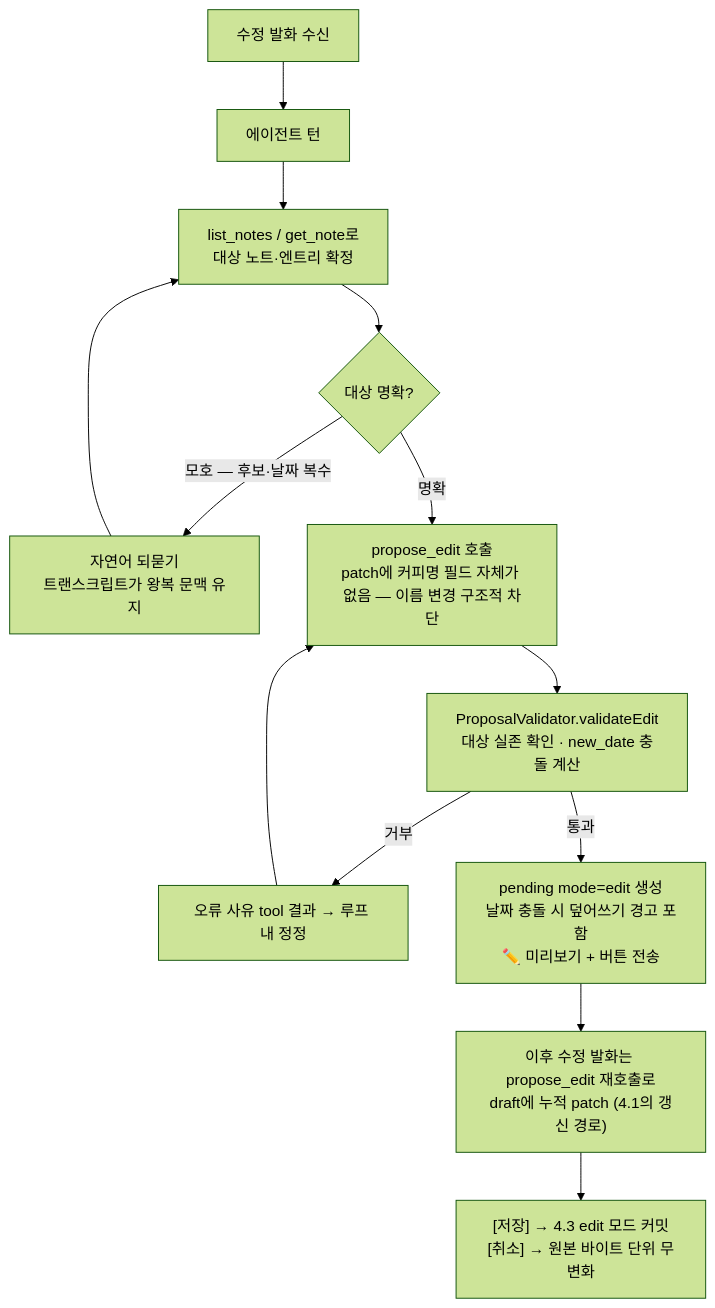
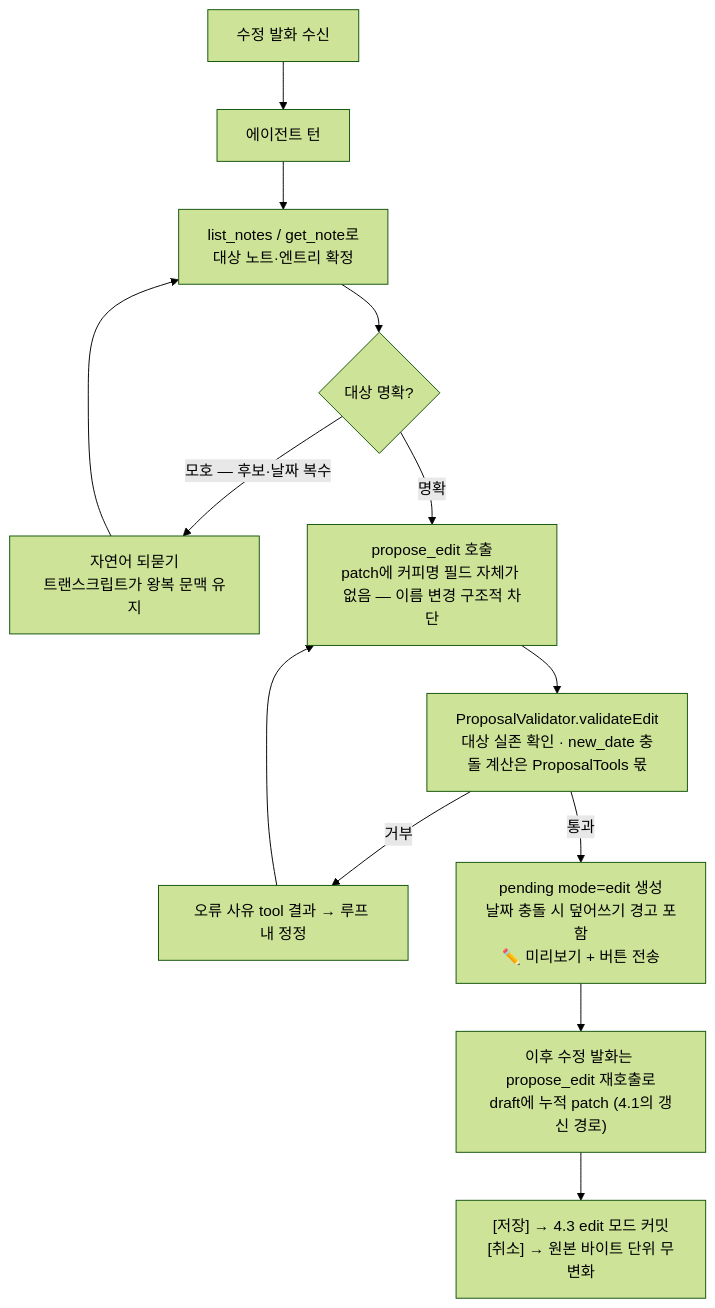
The sixth of 8 diagrams in docs/architecture-classes-and-flows.md (devwuu/mocha), drawn with Mermaid (forest theme) before and after one commit. The commit also changed other lines of this file and 17 other files, not shown here.

````diff
--- a/docs/architecture-classes-and-flows.md
+++ b/docs/architecture-classes-and-flows.md
@@ -444,13 +444,13 @@
 ```mermaid
 flowchart TB
     A[수정 발화 수신] --> B[에이전트 턴]
     B --> C[list_notes / get_note로<br/>대상 노트·엔트리 확정]
     C --> D{대상 명확?}
     D -->|모호 — 후보·날짜 복수| E[자연어 되묻기<br/>트랜스크립트가 왕복 문맥 유지] --> C
     D -->|명확| F[propose_edit 호출<br/>patch에 커피명 필드 자체가 없음 — 이름 변경 구조적 차단]
-    F --> G[ProposalValidator.validateEdit<br/>대상 실존 확인 · new_date 충돌 계산]
+    F --> G[ProposalValidator.validateEdit<br/>대상 실존 확인 · new_date 충돌 계산은 ProposalTools 몫]
     G -->|거부| H[오류 사유 tool 결과 → 루프 내 정정] --> F
     G -->|통과| I[pending mode=edit 생성<br/>날짜 충돌 시 덮어쓰기 경고 포함<br/>✏️ 미리보기 + 버튼 전송]
     I --> J["이후 수정 발화는 propose_edit 재호출로<br/>draft에 누적 patch (4.1의 갱신 경로)"]
     J --> K["[저장] → 4.3 edit 모드 커밋<br/>[취소] → 원본 바이트 단위 무변화"]
 ```
````
